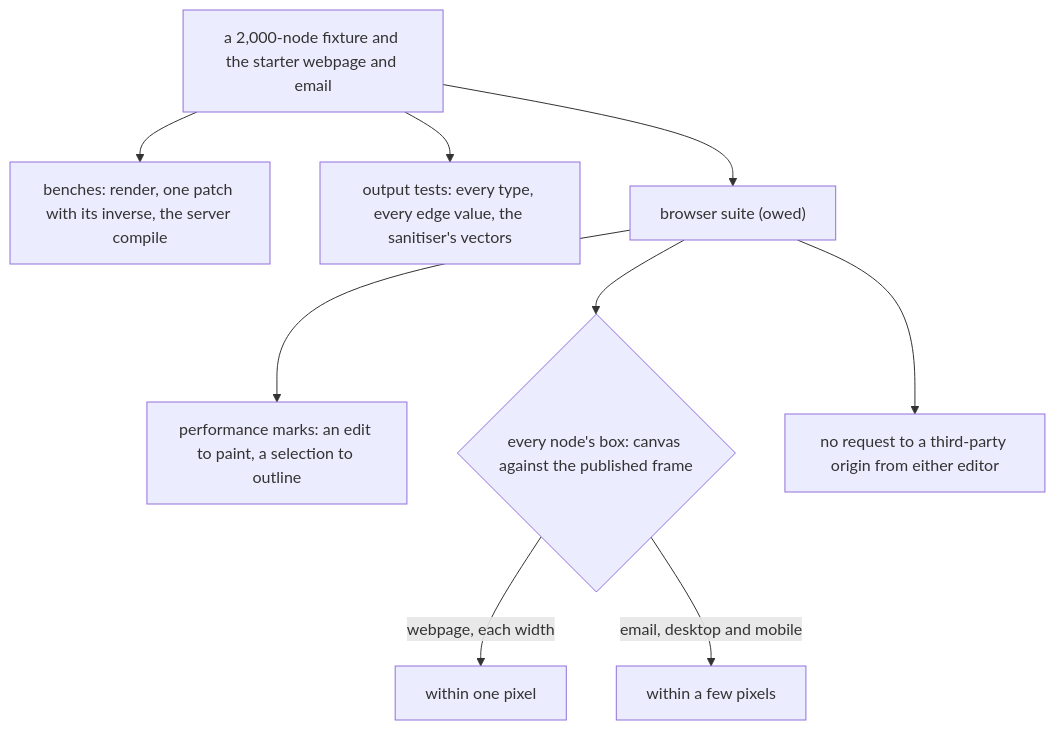
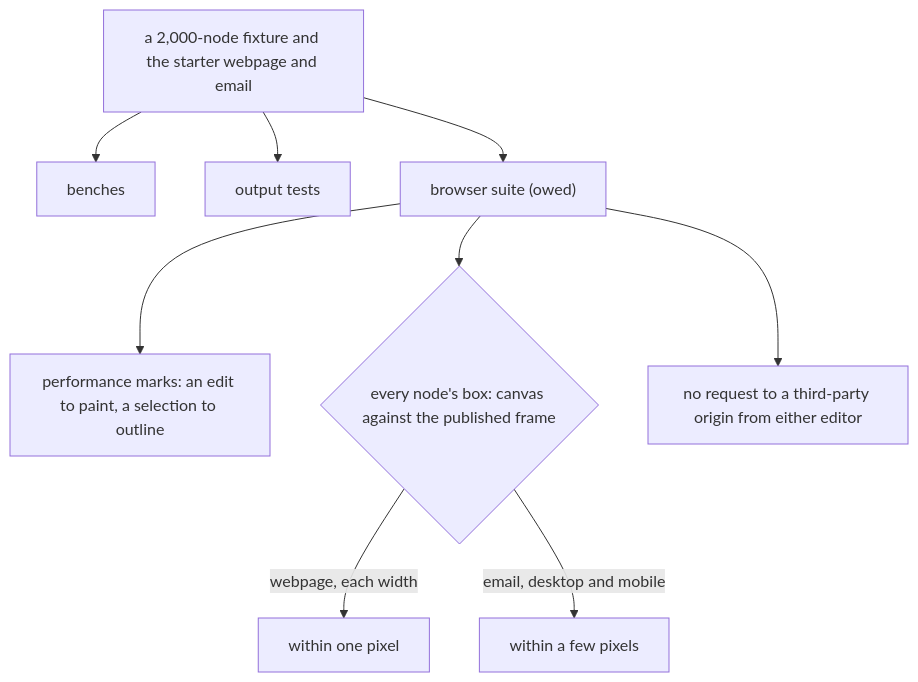
One commit to Esposter/Esposter changed the diagram in openspec/specs/resource/page-builder/performance-and-proof/design.md. Above: the diagram before and after it, drawn with Mermaid. The commit also changed 9 other files, not shown here.

````diff
--- a/openspec/specs/resource/page-builder/performance-and-proof/design.md
+++ b/openspec/specs/resource/page-builder/performance-and-proof/design.md
@@ -28,11 +28,11 @@
 ```mermaid
 flowchart TD
-  FIXTURE["a 2,000-node fixture and the starter webpage and email"] --> BENCH["benches: render, one patch with its inverse, the server compile"]
-  FIXTURE --> OUTPUT["output tests: every type, every edge value, the sanitiser's vectors"]
+  FIXTURE["a 2,000-node fixture and the starter webpage and email"] --> BENCH["benches"]
+  FIXTURE --> OUTPUT["output tests"]
   FIXTURE --> BROWSER["browser suite (owed)"]
   BROWSER --> MARKS["performance marks: an edit to paint, a selection to outline"]
   BROWSER --> BOXES{"every node's box: canvas against the published frame"}
   BOXES -->|"webpage, each width"| PIXEL["within one pixel"]
   BOXES -->|"email, desktop and mobile"| FEW["within a few pixels"]
   BROWSER --> ORIGINS["no request to a third-party origin from either editor"]
 ```
````
